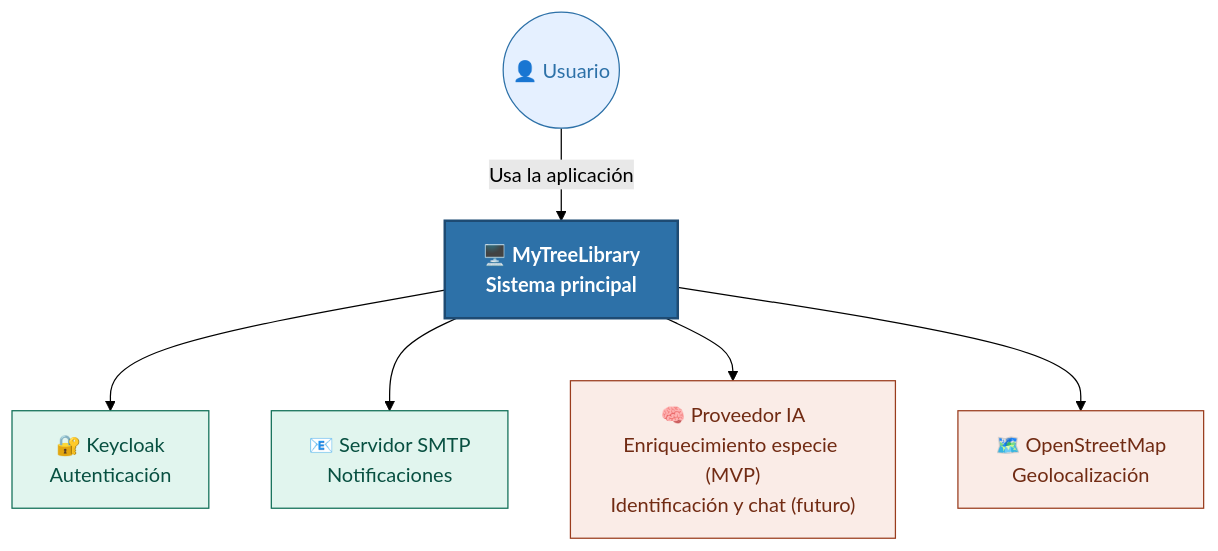
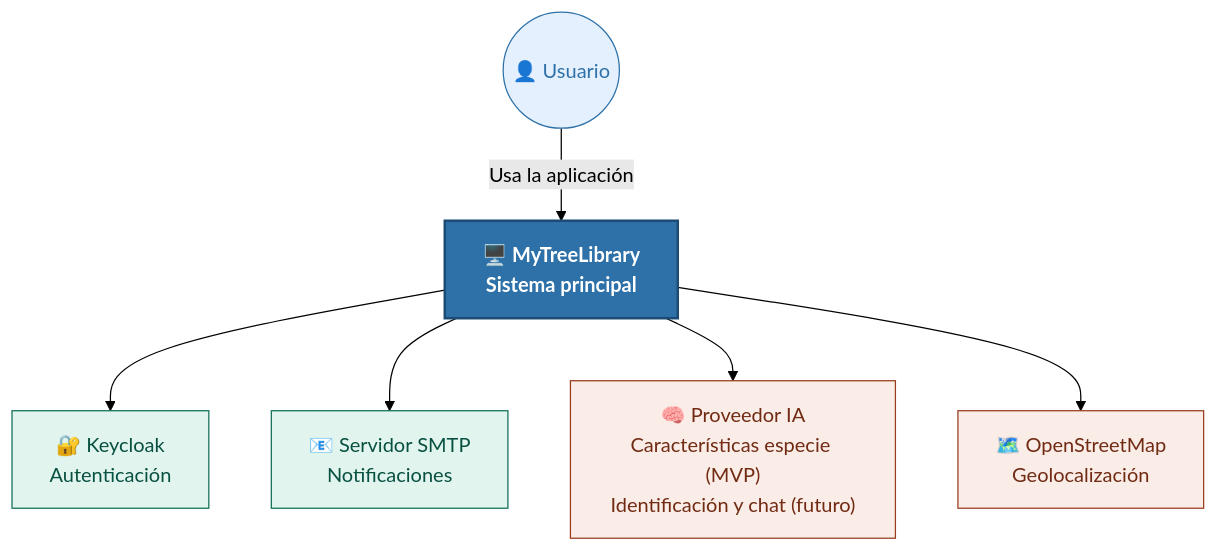
Before and after one commit to ldefrutos1/AI4Devs-finalproject: the first of 19 diagrams in readme.md, drawn with Mermaid (forest theme). The commit also changed other lines of this file and 1 other file, not shown here.

````diff
--- a/readme.md
+++ b/readme.md
@@ -89,21 +89,21 @@
 ```mermaid
 flowchart TB
     classDef user fill:#E5F0FF,stroke:#2D71A8,stroke-width:1px,color:#2D71A8
     classDef system fill:#2D71A8,stroke:#1E4B73,stroke-width:2px,color:#FFF,font-weight:bold
     classDef soporte fill:#E1F5EE,stroke:#0F6E56,stroke-width:1px,color:#085041
     classDef externo fill:#FAECE7,stroke:#993C1D,stroke-width:1px,color:#712B13
 
     U(("👤 Usuario")):::user
     S["🖥️ MyTreeLibrary<br>Sistema principal"]:::system
 
     KC["🔐 Keycloak<br>Autenticación"]:::soporte
     SMTP["📧 Servidor SMTP<br>Notificaciones"]:::soporte
-    PIA["🧠 Proveedor IA<br>Enriquecimiento especie (MVP)<br>Identificación y chat (futuro)"]:::externo
+    PIA["🧠 Proveedor IA<br>Características especie (MVP)<br>Identificación y chat (futuro)"]:::externo
     MAP["🗺️ OpenStreetMap<br>Geolocalización"]:::externo
 
     U -->|Usa la aplicación| S
     S --> KC
     S --> SMTP
     S --> PIA
     S --> MAP
 ```
````
